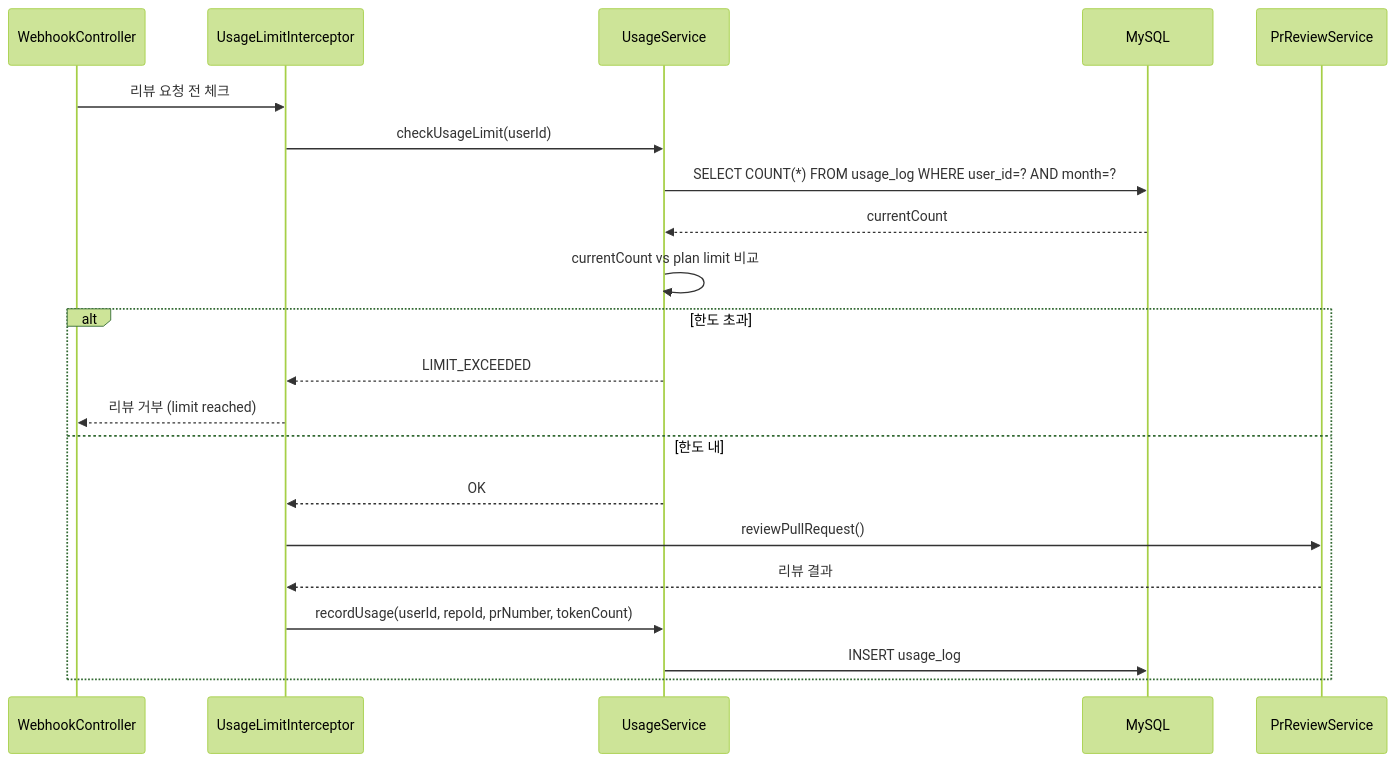
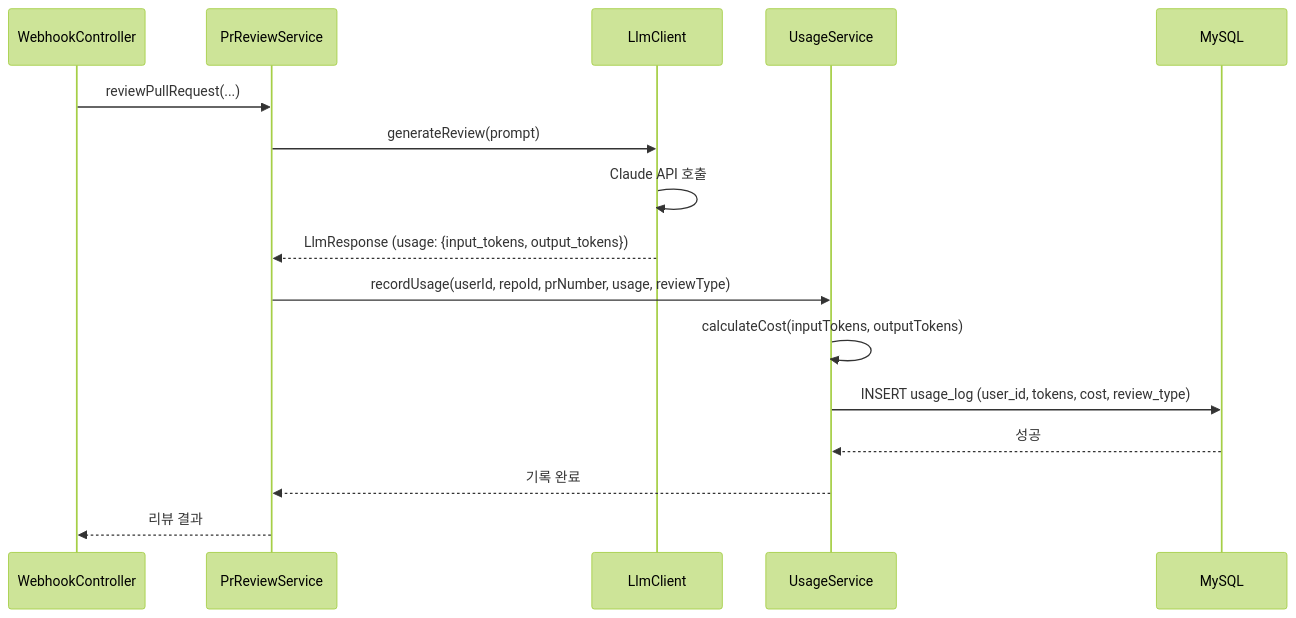
One commit to greensnapback0229/review-mate changed the first of 2 diagrams in .claude/docs/domains/saas/features/usage-tracking/SPEC.md. Above: the diagram before and after it, drawn with Mermaid (forest theme). The commit also changed other lines of this file and 6 other files, not shown here.

````diff
--- a/.claude/docs/domains/saas/features/usage-tracking/SPEC.md
+++ b/.claude/docs/domains/saas/features/usage-tracking/SPEC.md
@@ -18,25 +10,19 @@
 ```mermaid
 sequenceDiagram
-    participant WC as WebhookController
-    participant ULI as UsageLimitInterceptor
+    participant Webhook as WebhookController
+    participant PRS as PrReviewService
+    participant LLM as LlmClient
     participant US as UsageService
     participant DB as MySQL
-    participant PRS as PrReviewService
 
-    WC->>ULI: 리뷰 요청 전 체크
-    ULI->>US: checkUsageLimit(userId)
-    US->>DB: SELECT COUNT(*) FROM usage_log WHERE user_id=? AND month=?
-    DB-->>US: currentCount
-    US->>US: currentCount vs plan limit 비교
-
-    alt 한도 초과
-        US-->>ULI: LIMIT_EXCEEDED
-        ULI-->>WC: 리뷰 거부 (limit reached)
-    else 한도 내
-        US-->>ULI: OK
-        ULI->>PRS: reviewPullRequest()
-        PRS-->>ULI: 리뷰 결과
-        ULI->>US: recordUsage(userId, repoId, prNumber, tokenCount)
-        US->>DB: INSERT usage_log
-    end
+    Webhook->>PRS: reviewPullRequest(...)
+    PRS->>LLM: generateReview(prompt)
+    LLM->>LLM: Claude API 호출
+    LLM-->>PRS: LlmResponse (usage: {input_tokens, output_tokens})
+    PRS->>US: recordUsage(userId, repoId, prNumber, usage, reviewType)
+    US->>US: calculateCost(inputTokens, outputTokens)
+    US->>DB: INSERT usage_log (user_id, tokens, cost, review_type)
+    DB-->>US: 성공
+    US-->>PRS: 기록 완료
+    PRS-->>Webhook: 리뷰 결과
 ```
````
